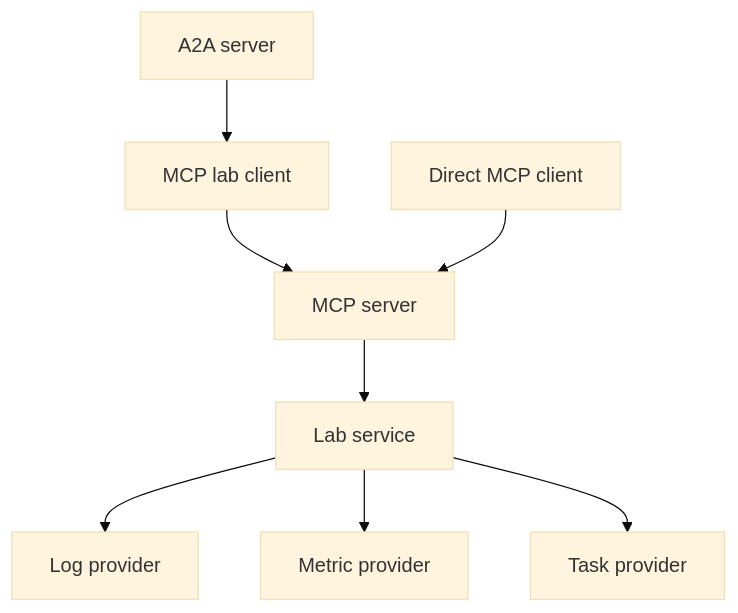
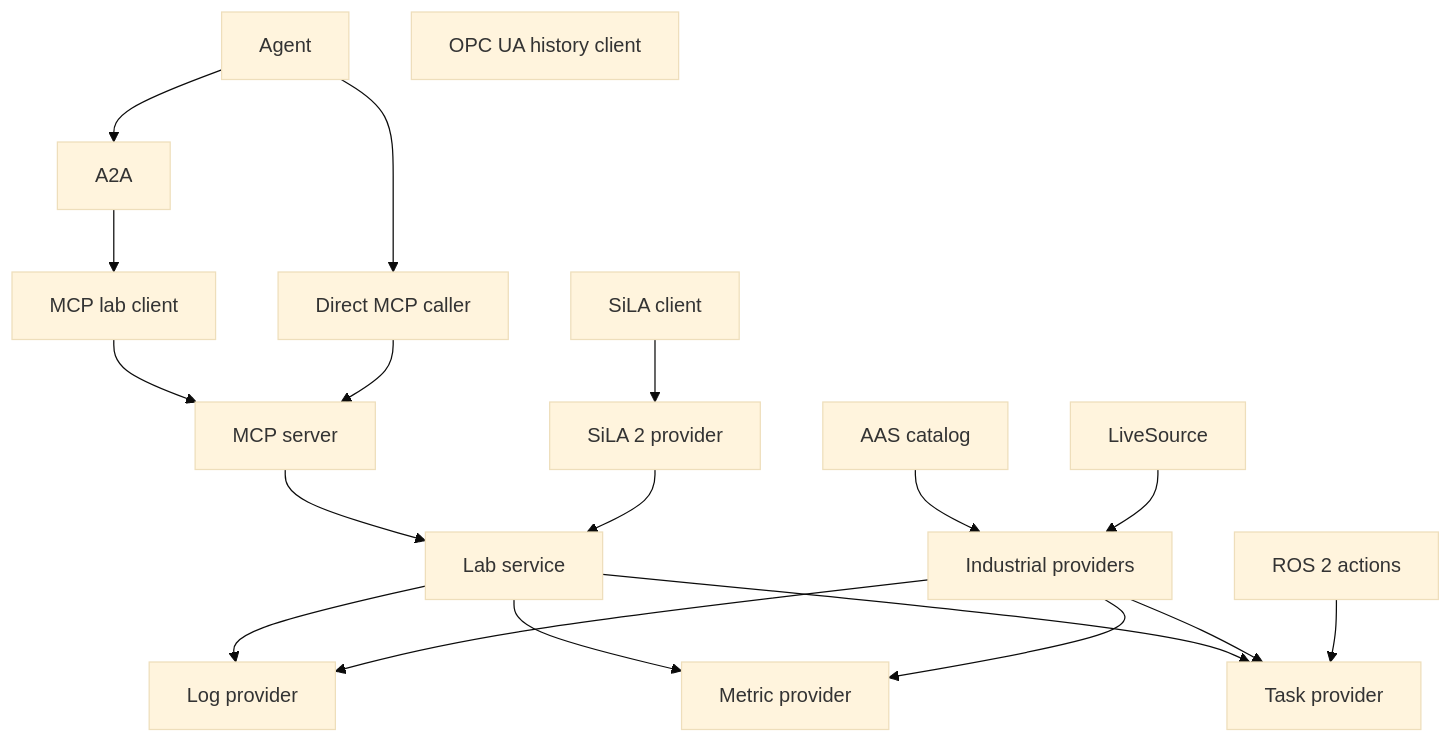
One commit to A3Analytics/a2a-lab-dev-kit-rs changed the diagram in backlog/docs/overview/doc-10 - Lab-dev-kit-overview.md. Above: the diagram before and after it, drawn with Mermaid (base theme). The commit also changed other lines of this file and 15 other files, not shown here.

````diff
--- a/backlog/docs/overview/doc-10 - Lab-dev-kit-overview.md
+++ b/backlog/docs/overview/doc-10 - Lab-dev-kit-overview.md
@@ -23,12 +23,23 @@
 ```mermaid
 flowchart TD
-  accTitle: Default call path
-  accDescr: The A2A server calls the MCP lab client. That client and a direct MCP client call the MCP server. The MCP server calls the lab service, which calls the log, metric, and task providers.
-  a2aServer["A2A server"] --> mcpLab["MCP lab client"]
+  accTitle: Standards around the lab service
+  accDescr: An agent calls A2A or MCP. A2A calls the MCP lab client, and that client and a direct MCP caller reach the MCP server. The MCP server and the SiLA 2 provider call the lab service. The lab service calls the log, metric, and task providers. The AAS catalog and LiveSource feed the industrial providers, which fill those roles. ROS 2 actions supply tasks. The OPC UA history client stays separate from LiveSource.
+  agent["Agent"] --> a2a["A2A"]
+  agent --> mcpCaller["Direct MCP caller"]
+  a2a --> mcpLab["MCP lab client"]
   mcpLab --> mcpServer["MCP server"]
-  directMcp["Direct MCP client"] --> mcpServer
+  mcpCaller --> mcpServer
   mcpServer --> labService["Lab service"]
+  silaClient["SiLA client"] --> silaProvider["SiLA 2 provider"]
+  silaProvider --> labService
   labService --> logProvider["Log provider"]
   labService --> metricProvider["Metric provider"]
   labService --> taskProvider["Task provider"]
+  aasCatalog["AAS catalog"] --> industrial["Industrial providers"]
+  liveSource["LiveSource"] --> industrial
+  industrial --> logProvider
+  industrial --> metricProvider
+  industrial --> taskProvider
+  rosActions["ROS 2 actions"] --> taskProvider
+  opcHistory["OPC UA history client"]
 ```
````
